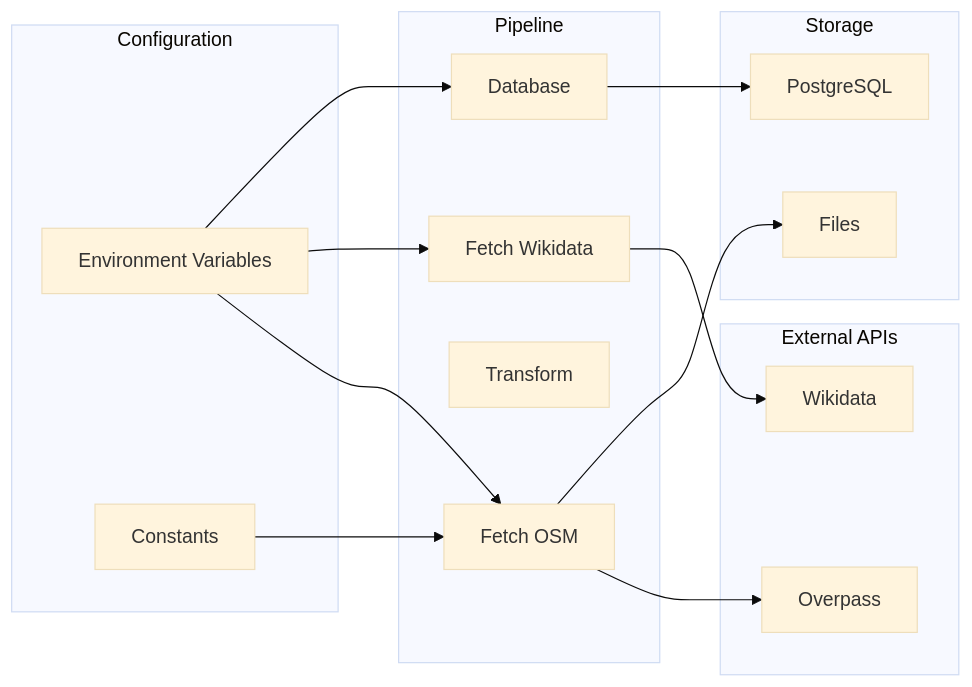
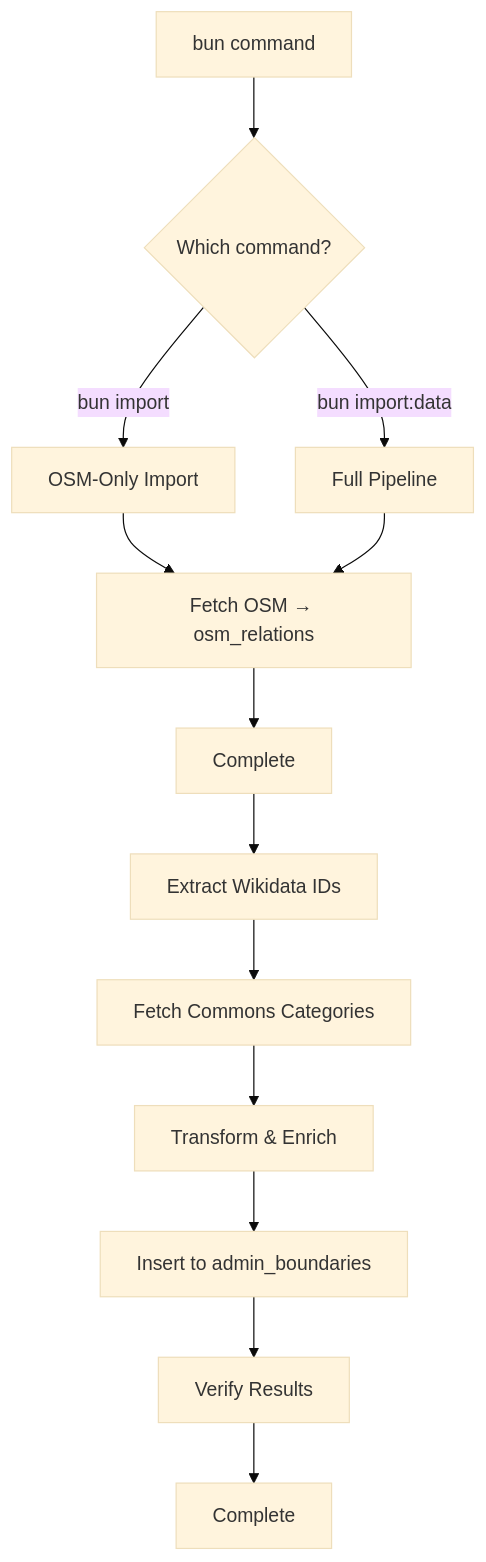
Before and after one commit to DaxServer/geocode-commons-categories: the second of 6 diagrams in docs/import/visual-overview.md, drawn with Mermaid (base theme). The commit also changed other lines of this file and 11 other files, not shown here.

````diff
--- a/docs/import/visual-overview.md
+++ b/docs/import/visual-overview.md
@@ -43,35 +42,18 @@
 ```mermaid
-graph LR
-    subgraph "Configuration"
-        C1[Environment Variables]
-        C2[Constants]
-    end
+graph TB
+    CLI[bun command] --> DECISION{Which command?}
 
-    subgraph "Pipeline"
-        P1[Fetch OSM]
-        P2[Fetch Wikidata]
-        P3[Transform]
-        P4[Database]
-    end
+    DECISION -->|bun import| OSM[OSM-Only Import]
+    DECISION -->|bun import:data| FULL[Full Pipeline]
 
-    subgraph "External APIs"
-        A1[Overpass]
-        A2[Wikidata]
-    end
+    OSM --> FETCH[Fetch OSM → osm_relations]
+    FETCH --> OSM_DONE[Complete]
 
-    subgraph "Storage"
-        S1[Files]
-        S2[PostgreSQL]
-    end
-
-    C1 --> P1
-    C2 --> P1
-    C1 --> P2
-    C1 --> P4
-
-    P1 --> A1
-    P2 --> A2
-    P1 --> S1
-    P4 --> S2
-
+    FULL --> FETCH
+    OSM_DONE --> EXTRACT[Extract Wikidata IDs]
+    EXTRACT --> WD_CATS[Fetch Commons Categories]
+    WD_CATS --> TRANSFORM[Transform & Enrich]
+    TRANSFORM --> INSERT[Insert to admin_boundaries]
+    INSERT --> VERIFY[Verify Results]
+    VERIFY --> FULL_DONE[Complete]
 ```
````
